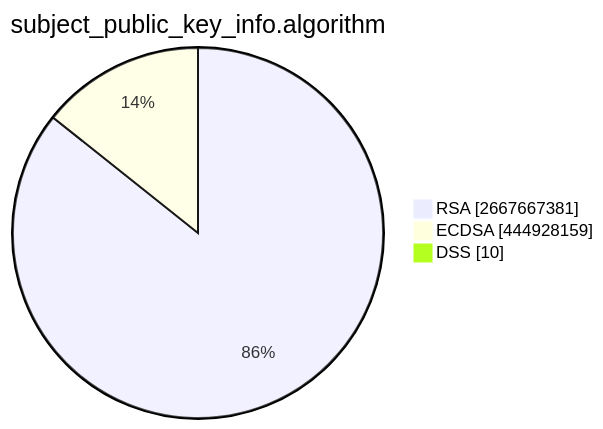
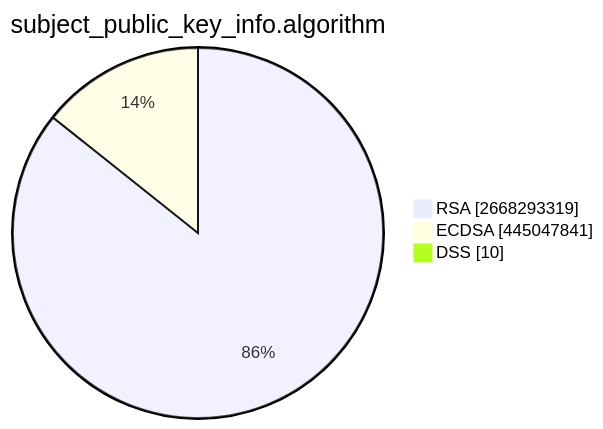
Before and after one commit to christiankrug/ctmonitor_visualization: the second of 15 diagrams in TOTAL/README.md, drawn with Mermaid. The commit also changed other lines of this file, not shown here.

````diff
--- a/TOTAL/README.md
+++ b/TOTAL/README.md
@@ -6,7 +6,7 @@
 ```mermaid
 pie showData
 title subject_public_key_info.algorithm
-"RSA" :2667667381
-"ECDSA" :444928159
+"RSA" :2668293319
+"ECDSA" :445047841
 "DSS" :10
 ```
````
